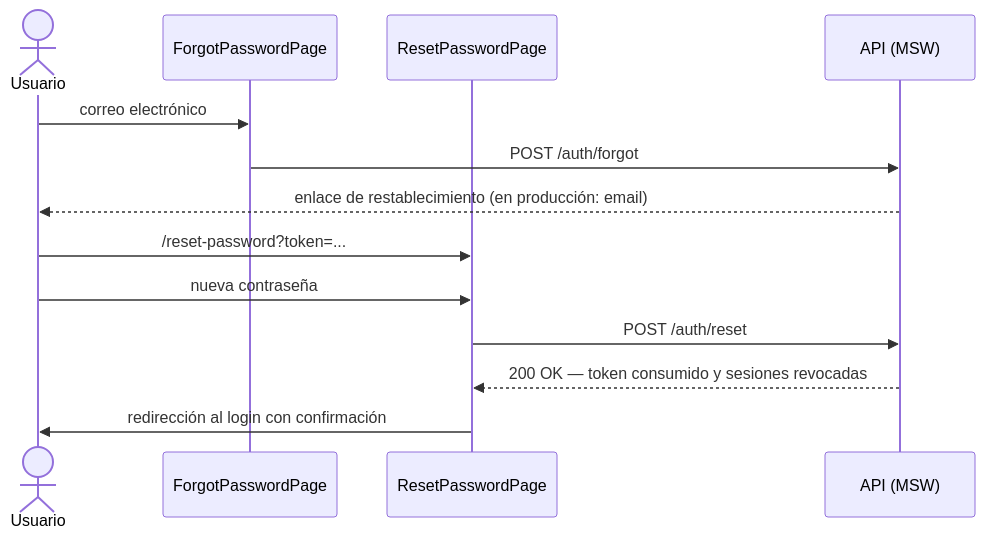
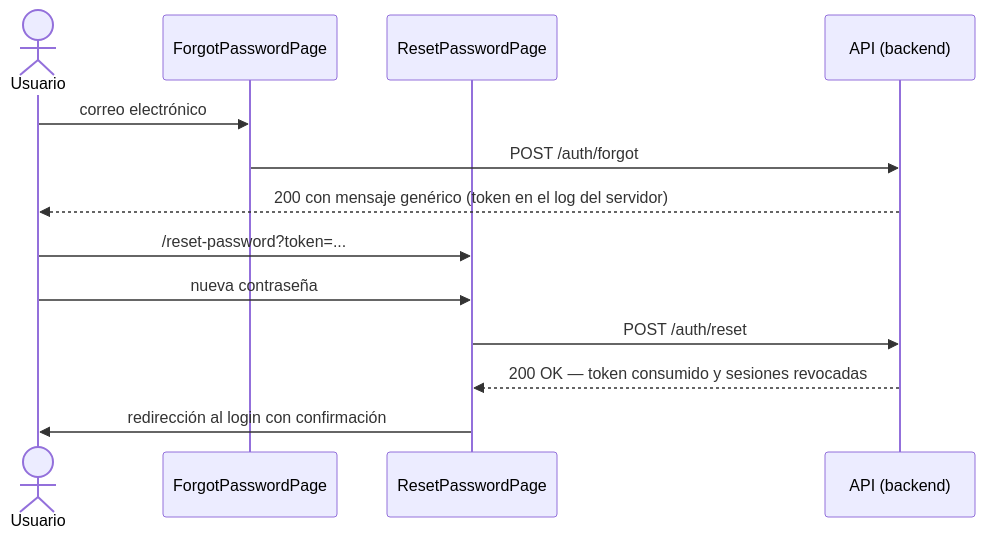
The third of 3 diagrams in frontend/README.md (JoseAlejandro0508/Smart-Routes), drawn with Mermaid before and after one commit. The commit also changed other lines of this file and 5 other files, not shown here.

````diff
--- a/frontend/README.md
+++ b/frontend/README.md
@@ -163,16 +156,16 @@
 ```mermaid
 sequenceDiagram
     actor U as Usuario
     participant FP as ForgotPasswordPage
     participant RP as ResetPasswordPage
-    participant API as API (MSW)
+    participant API as API (backend)
 
     U->>FP: correo electrónico
     FP->>API: POST /auth/forgot
-    API-->>U: enlace de restablecimiento (en producción: email)
+    API-->>U: 200 con mensaje genérico (token en el log del servidor)
     U->>RP: /reset-password?token=...
     U->>RP: nueva contraseña
     RP->>API: POST /auth/reset
     API-->>RP: 200 OK — token consumido y sesiones revocadas
     RP->>U: redirección al login con confirmación
 ```
````
